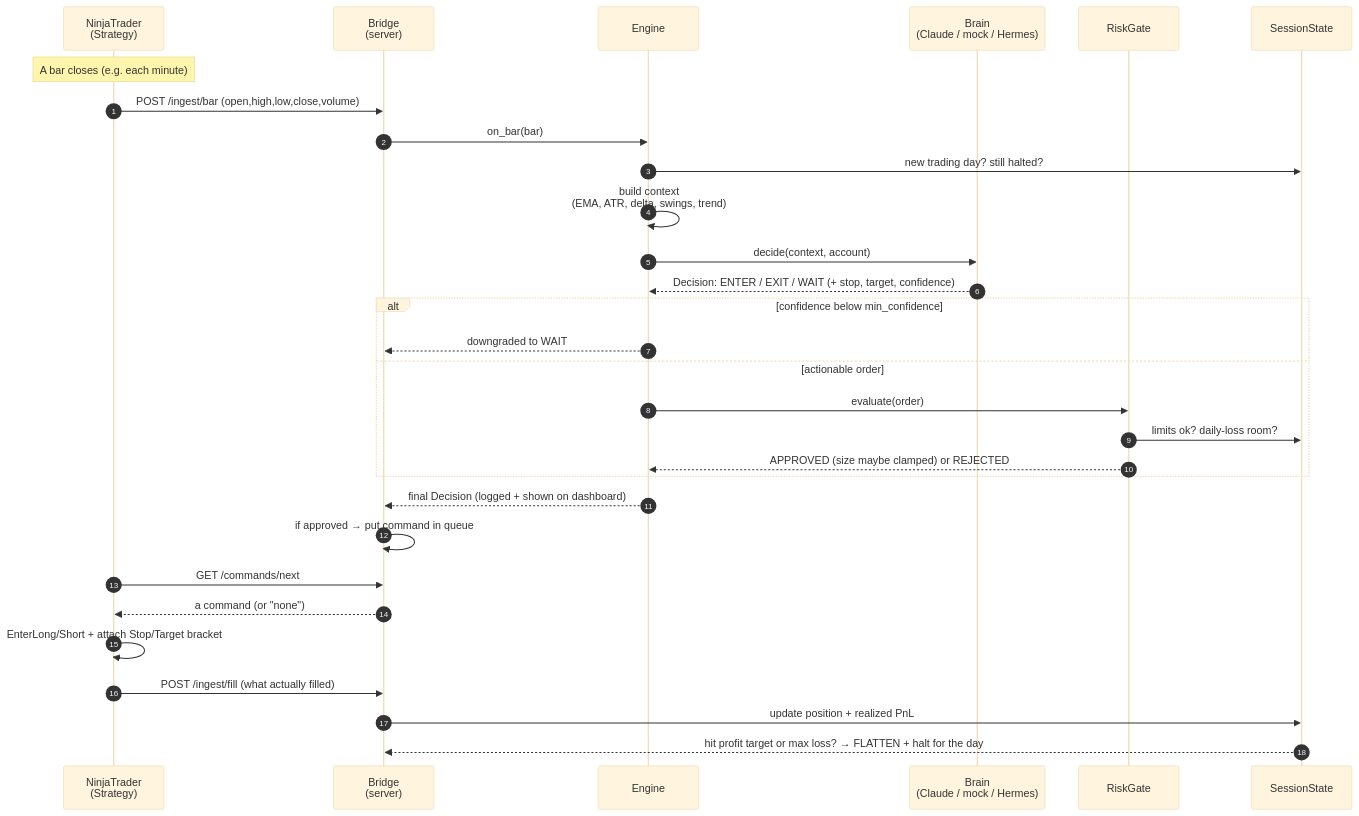
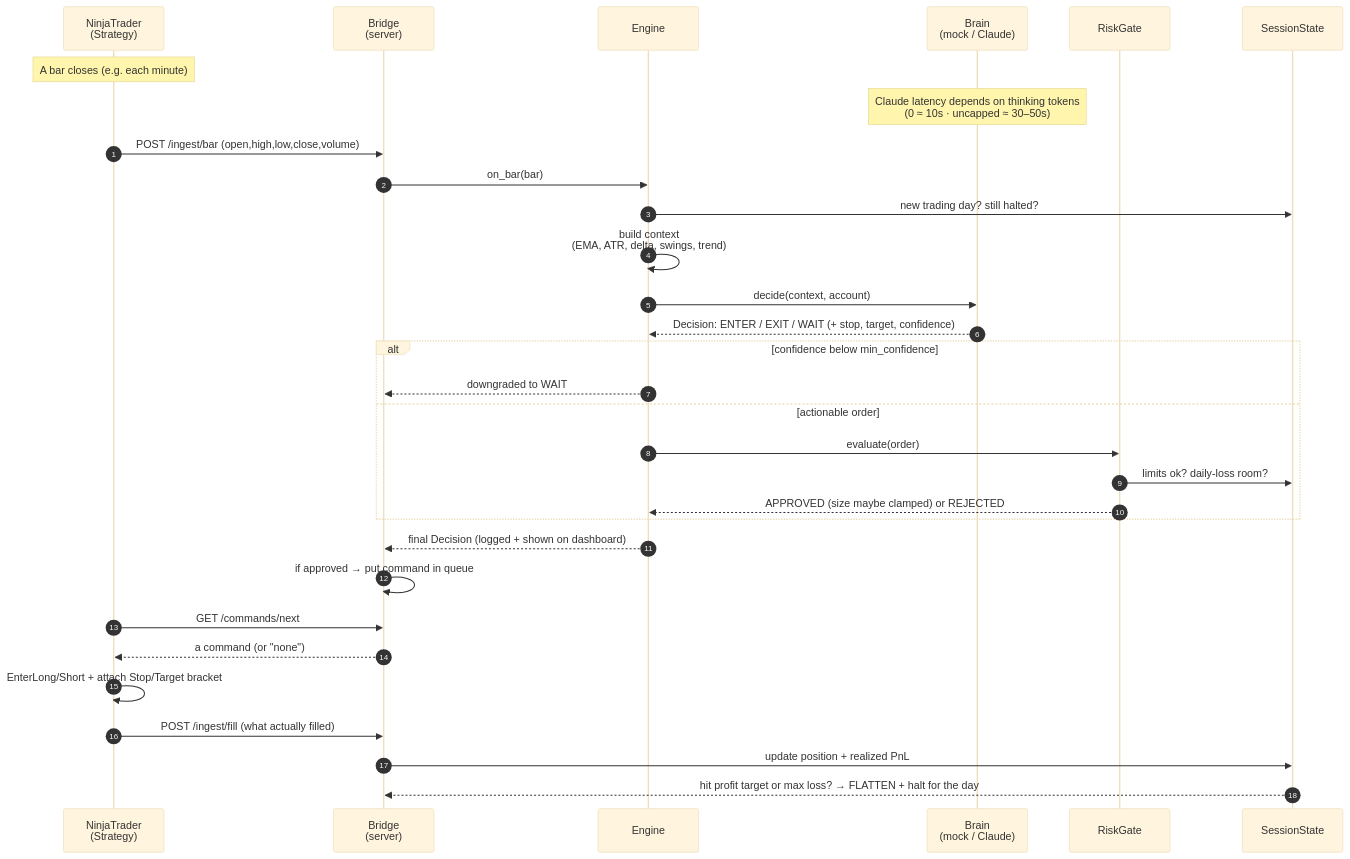
Before and after one commit to rrhodeswebdev/hermes-agent-nt: the second of 3 diagrams in docs/WALKTHROUGH.md, drawn with Mermaid (base theme). The commit also changed other lines of this file and 42 other files, not shown here.

First line of the commit message:
Swap the decision brain from Codex to the Claude CLI; add plan cycle, levels, and safety hardening (#3)

````diff
--- a/docs/WALKTHROUGH.md
+++ b/docs/WALKTHROUGH.md
@@ -84,36 +82,37 @@
 ```mermaid
 sequenceDiagram
     autonumber
     participant NT as NinjaTrader<br/>(Strategy)
     participant BR as Bridge<br/>(server)
     participant EN as Engine
-    participant BN as Brain<br/>(Claude / mock / Hermes)
+    participant BN as Brain<br/>(mock / Claude)
     participant RG as RiskGate
     participant SS as SessionState
 
     Note over NT: A bar closes (e.g. each minute)
+    Note over BN: Claude latency depends on thinking tokens<br/>(0 ≈ 10s · uncapped ≈ 30–50s)
     NT->>BR: POST /ingest/bar  (open,high,low,close,volume)
     BR->>EN: on_bar(bar)
     EN->>SS: new trading day? still halted?
     EN->>EN: build context<br/>(EMA, ATR, delta, swings, trend)
     EN->>BN: decide(context, account)
     BN-->>EN: Decision: ENTER / EXIT / WAIT (+ stop, target, confidence)
 
     alt confidence below min_confidence
         EN-->>BR: downgraded to WAIT
     else actionable order
         EN->>RG: evaluate(order)
         RG->>SS: limits ok? daily-loss room?
         RG-->>EN: APPROVED (size maybe clamped) or REJECTED
     end
 
     EN-->>BR: final Decision (logged + shown on dashboard)
     BR->>BR: if approved → put command in queue
 
     NT->>BR: GET /commands/next
     BR-->>NT: a command (or "none")
     NT->>NT: EnterLong/Short + attach Stop/Target bracket
     NT->>BR: POST /ingest/fill  (what actually filled)
     BR->>SS: update position + realized PnL
     SS-->>BR: hit profit target or max loss? → FLATTEN + halt for the day
 ```
````
